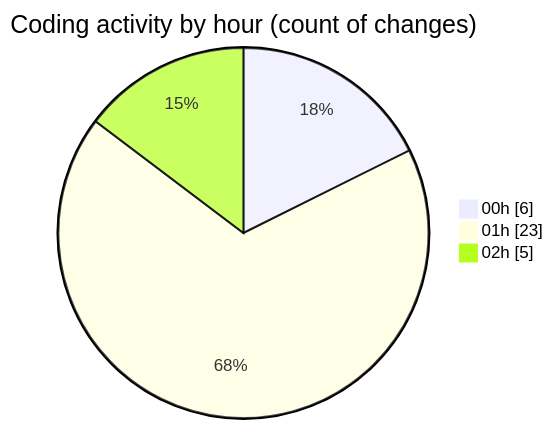
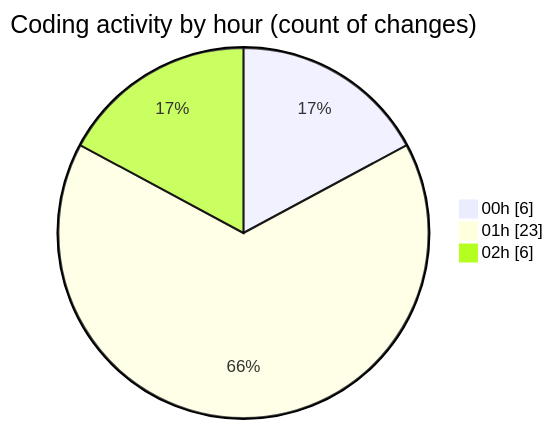
Before and after one commit to EIIisD/code-tracking: the second of 2 diagrams in 2025-07-28/refunds/README.md, drawn with Mermaid. The commit also changed other lines of this file and 1 other file, not shown here.

````diff
--- a/2025-07-28/refunds/README.md
+++ b/2025-07-28/refunds/README.md
@@ -35,7 +35,7 @@
 ```mermaid
 pie showData
 title Coding activity by hour (count of changes)
 "00h" : 6
 "01h" : 23
-"02h" : 5
+"02h" : 6
 ```
````
